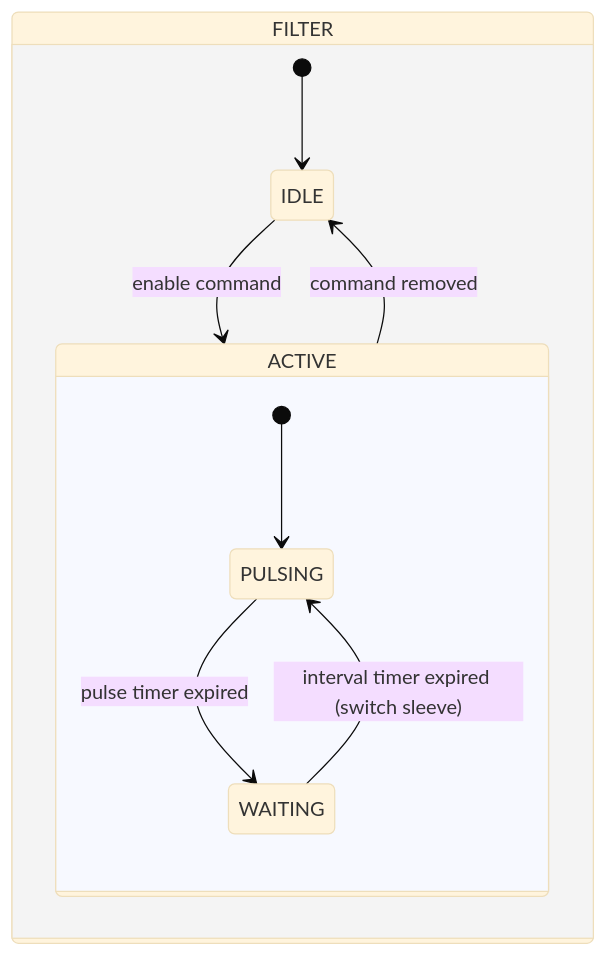
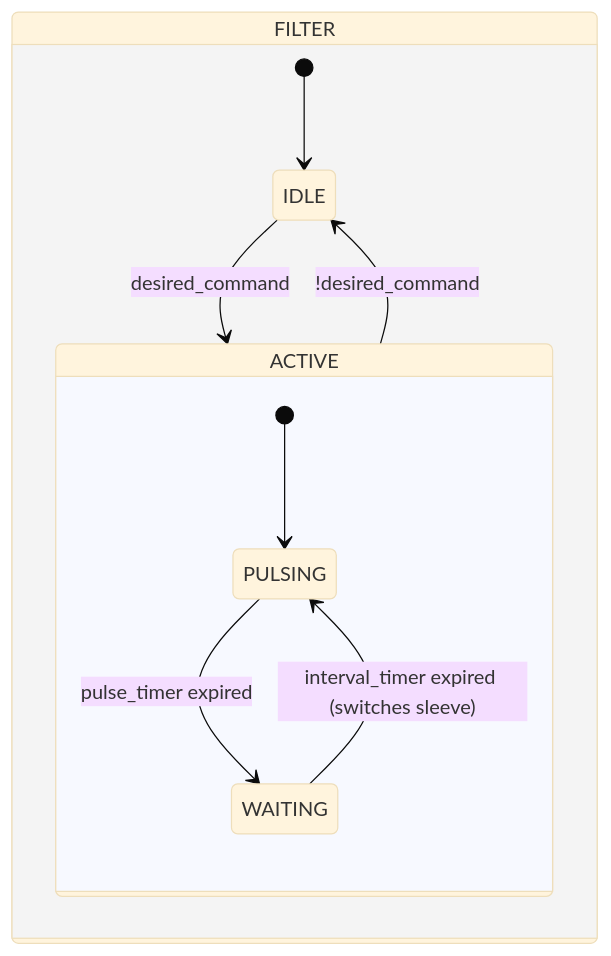
The second of 2 diagrams in docs/en/library/filters/2-sleeves/index.md (AleFire99/TIA_knowledge), drawn with Mermaid (base theme) before and after one commit. The commit also changed other lines of this file and 17 other files, not shown here.

````diff
--- a/docs/en/library/filters/2-sleeves/index.md
+++ b/docs/en/library/filters/2-sleeves/index.md
@@ -94,14 +94,14 @@
 ```mermaid
 stateDiagram-v2
 state FILTER{
     [*] --> IDLE
-    IDLE --> ACTIVE : enable command
-    ACTIVE --> IDLE : command removed
+    IDLE --> ACTIVE : desired_command
+    ACTIVE --> IDLE : !desired_command
 
     state ACTIVE {
         [*] --> PULSING
-        PULSING --> WAITING : pulse timer expired
-        WAITING --> PULSING : interval timer expired (switch sleeve)
+        PULSING --> WAITING : pulse_timer expired
+        WAITING --> PULSING : interval_timer expired (switches sleeve)
     }
 }
 ```
````
